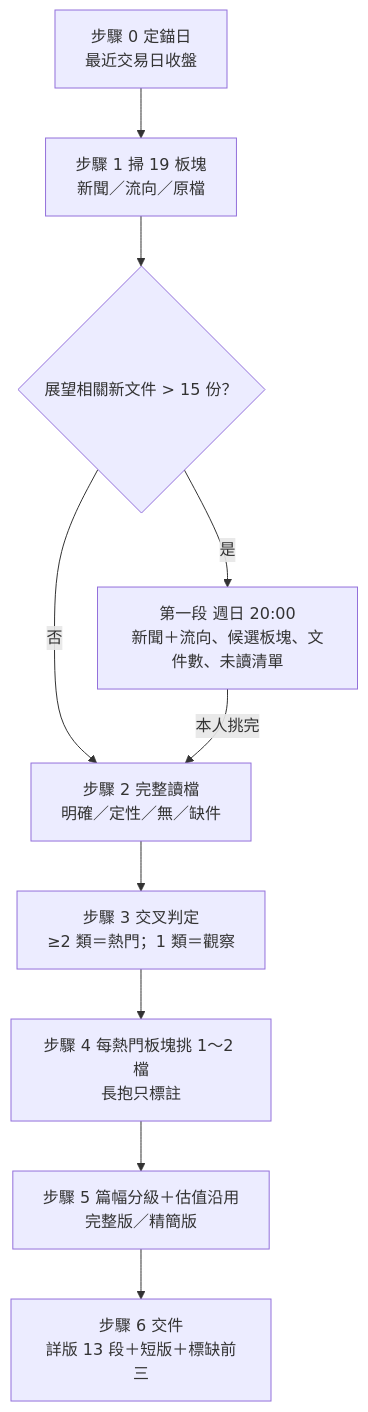
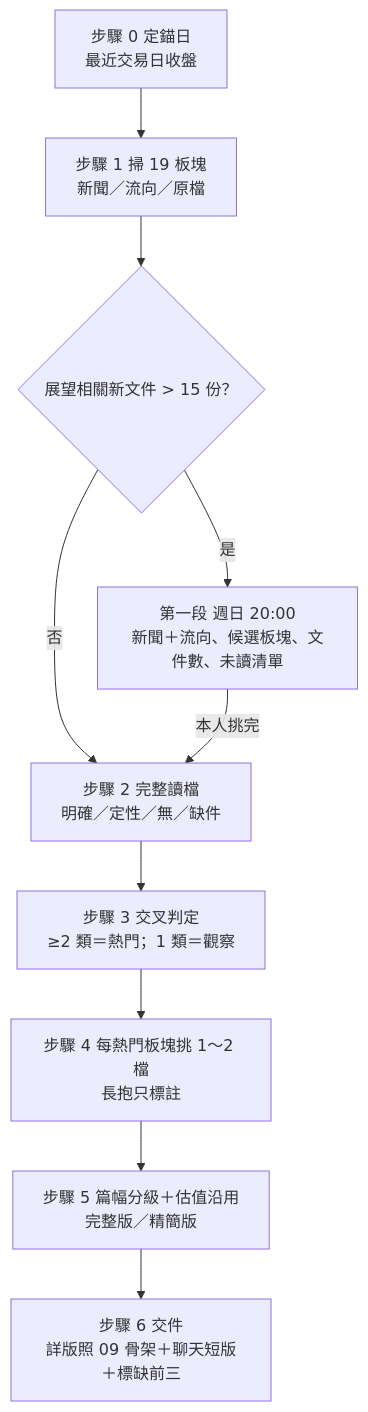
One commit to Fangtsailo/fun_stuff changed the diagram in weekly-opportunities/workflow.md. Above: the diagram before and after it, drawn with Mermaid. The commit also changed other lines of this file and 5 other files, not shown here.

````diff
--- a/weekly-opportunities/workflow.md
+++ b/weekly-opportunities/workflow.md
@@ -6,12 +6,12 @@
 ```mermaid
 flowchart TD
     A["步驟 0 定錨日<br/>最近交易日收盤"] --> B["步驟 1 掃 19 板塊<br/>新聞／流向／原檔"]
     B --> C{"展望相關新文件 > 15 份？"}
     C -->|否| D["步驟 2 完整讀檔<br/>明確／定性／無／缺件"]
     C -->|是| C2["第一段 週日 20:00<br/>新聞＋流向、候選板塊、文件數、未讀清單"]
     C2 -->|本人挑完| D
     D --> E["步驟 3 交叉判定<br/>≥2 類＝熱門；1 類＝觀察"]
     E --> F["步驟 4 每熱門板塊挑 1～2 檔<br/>長抱只標註"]
     F --> G["步驟 5 篇幅分級＋估值沿用<br/>完整版／精簡版"]
-    G --> H["步驟 6 交件<br/>詳版 13 段＋短版＋標缺前三"]
+    G --> H["步驟 6 交件<br/>詳版照 09 骨架＋聊天短版＋標缺前三"]
 ```
````
